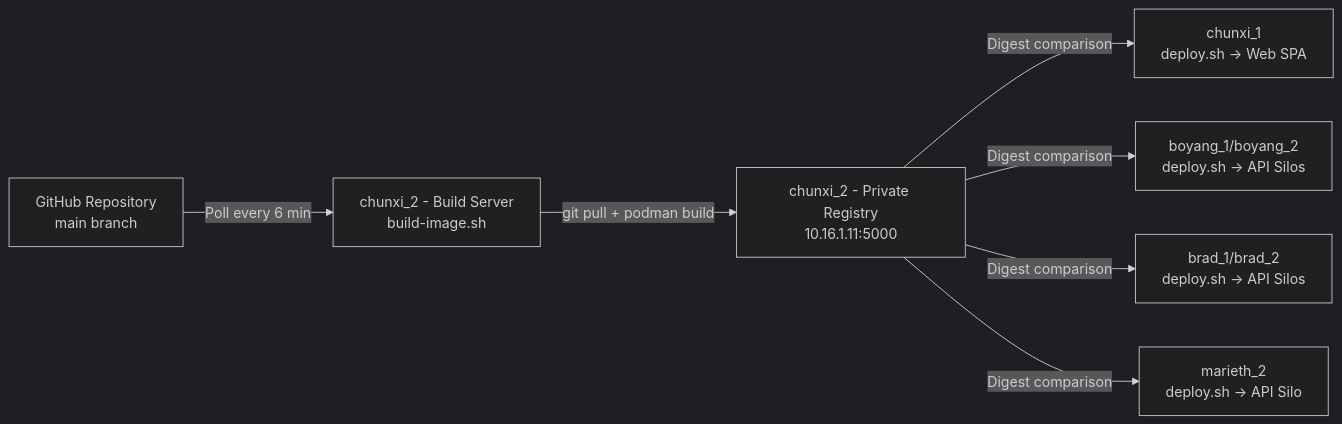
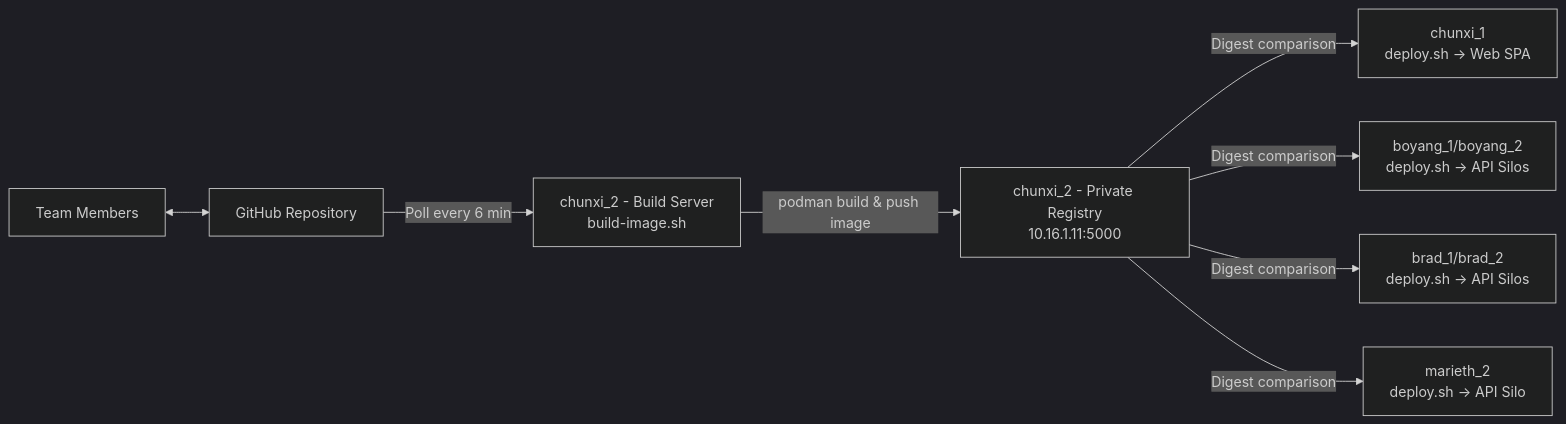
Before and after one commit to young-bob/CAD-Capstone: the third of 4 diagrams in Code_V2/terraform/Report.md, drawn with Mermaid (dark theme). The commit also changed other lines of this file, not shown here.

````diff
--- a/Code_V2/terraform/Report.md
+++ b/Code_V2/terraform/Report.md
@@ -229,9 +229,10 @@
 ```mermaid
 graph LR
-    GH["GitHub Repository<br/>main branch"] -->|"Poll every 6 min"| Build["chunxi_2 - Build Server<br/>build-image.sh"]
-    Build -->|"git pull + podman build"| Registry["chunxi_2 - Private Registry<br/>10.16.1.11:5000"]
+		TM["Team Members"] <--> GH["GitHub Repository"]
+    GH -->|"Poll every 6 min"| Build["chunxi_2 - Build Server<br/>build-image.sh"]
+    Build -->|"podman build & push image"| Registry["chunxi_2 - Private Registry<br/>10.16.1.11:5000"]
     Registry -->|"Digest comparison"| Web["chunxi_1<br/>deploy.sh → Web SPA"]
     Registry -->|"Digest comparison"| API1["boyang_1/boyang_2<br/>deploy.sh → API Silos"]
     Registry -->|"Digest comparison"| API2["brad_1/brad_2<br/>deploy.sh → API Silos"]
     Registry -->|"Digest comparison"| API3["marieth_2<br/>deploy.sh → API Silo"]
 ```
````
